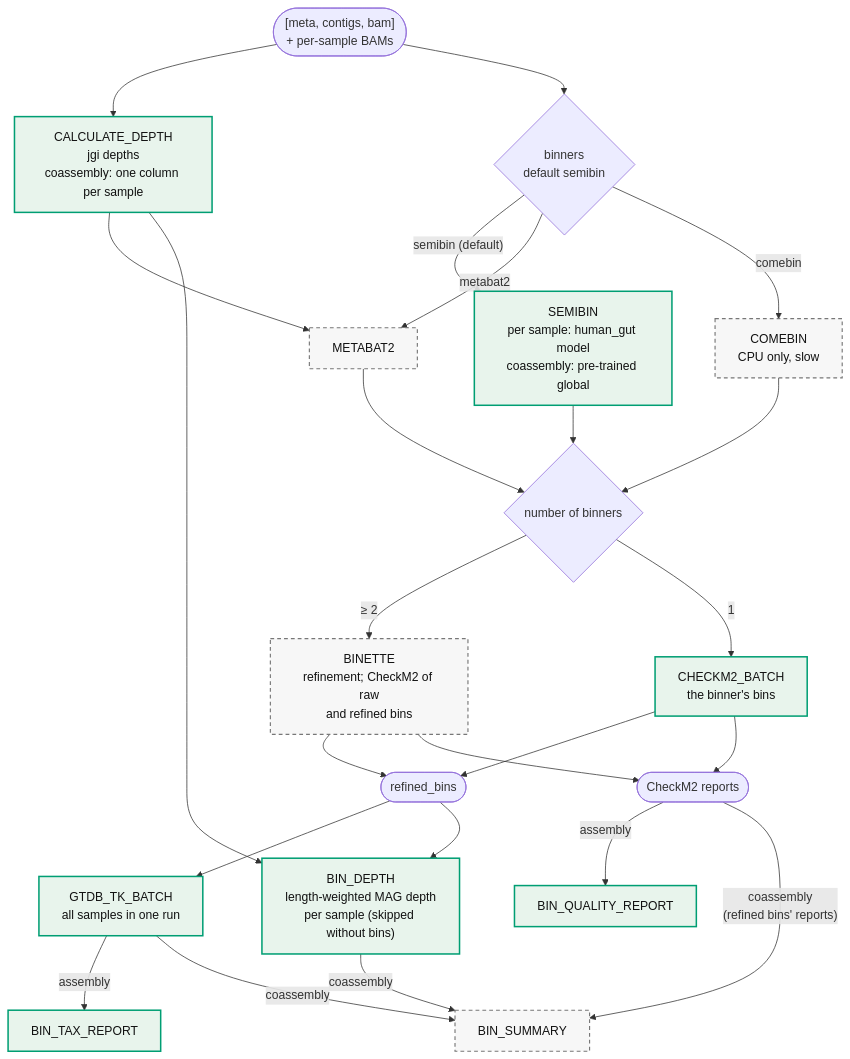
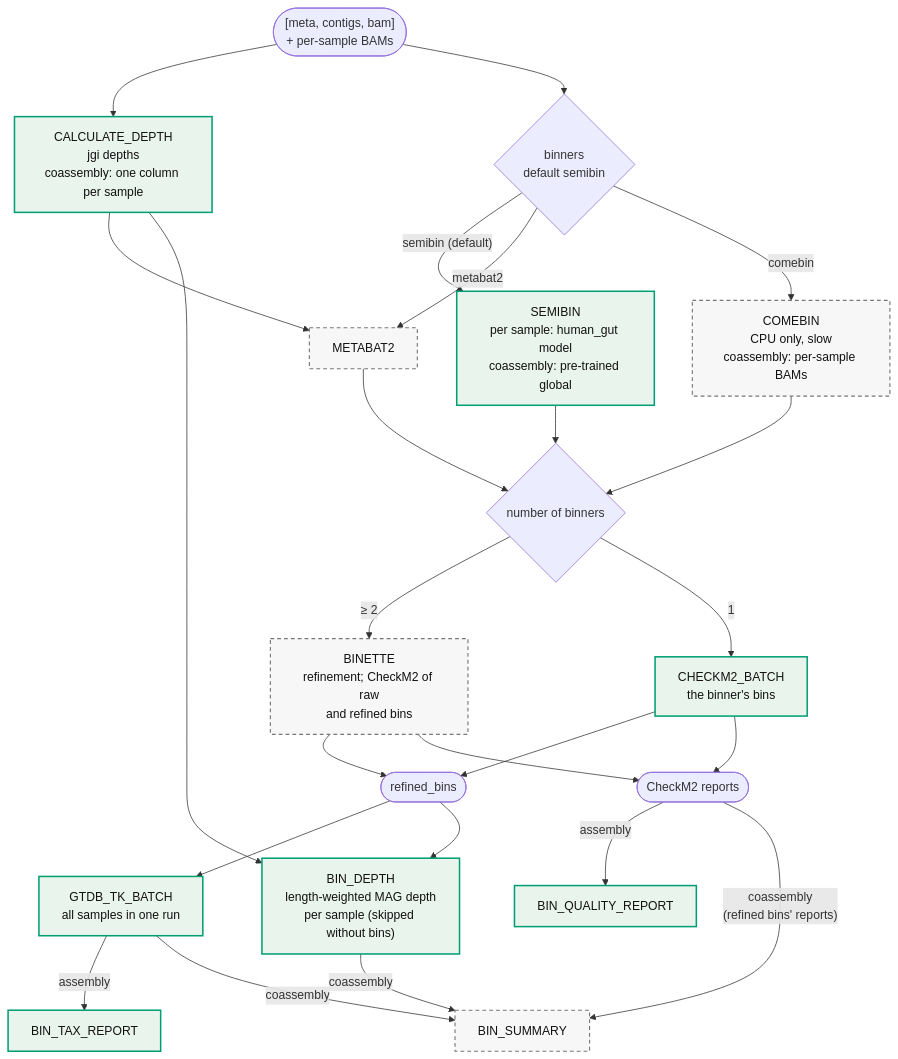
One commit to gene2dis/BugBuster changed the eighth of 13 diagrams in docs/WORKFLOW_DIAGRAM.md. Above: the diagram before and after it, drawn with Mermaid. The commit also changed other lines of this file and 6 other files, not shown here.

First line of the commit message:
feat(binning): COMEBin reads the per-sample BAMs under co-assembly

````diff
--- a/docs/WORKFLOW_DIAGRAM.md
+++ b/docs/WORKFLOW_DIAGRAM.md
@@ -297,30 +297,30 @@
 ```mermaid
 flowchart TD
     In(["[meta, contigs, bam]<br/>+ per-sample BAMs"]) --> CALCULATE_DEPTH["CALCULATE_DEPTH<br/>jgi depths<br/>coassembly: one column per sample"]
     In --> Sel{binners<br/>default semibin}
     Sel -->|"semibin (default)"| SEMIBIN["SEMIBIN<br/>per sample: human_gut model<br/>coassembly: pre-trained global"]
     Sel -->|metabat2| METABAT2
     CALCULATE_DEPTH --> METABAT2
-    Sel -->|comebin| COMEBIN["COMEBIN<br/>CPU only, slow"]
+    Sel -->|comebin| COMEBIN["COMEBIN<br/>CPU only, slow<br/>coassembly: per-sample BAMs"]
 
     SEMIBIN & METABAT2 & COMEBIN --> N{number of binners}
     N -->|"≥ 2"| BINETTE["BINETTE<br/>refinement; CheckM2 of raw<br/>and refined bins"]
     N -->|1| CHECKM2_BATCH["CHECKM2_BATCH<br/>the binner's bins"]
     BINETTE & CHECKM2_BATCH --> Bins(["refined_bins"])
     Bins --> GTDB_TK_BATCH["GTDB_TK_BATCH<br/>all samples in one run"]
 
     BINETTE & CHECKM2_BATCH --> Quality(["CheckM2 reports"])
 
     Quality -->|assembly| BIN_QUALITY_REPORT
     GTDB_TK_BATCH -->|assembly| BIN_TAX_REPORT
     Bins --> BIN_DEPTH["BIN_DEPTH<br/>length-weighted MAG depth<br/>per sample (skipped without bins)"]
     CALCULATE_DEPTH --> BIN_DEPTH
     BIN_DEPTH -->|coassembly| BIN_SUMMARY
     GTDB_TK_BATCH -->|coassembly| BIN_SUMMARY
     Quality -->|"coassembly<br/>(refined bins' reports)"| BIN_SUMMARY
 
     classDef on fill:#E8F4EC,stroke:#009E73,stroke-width:2px,color:#111
     classDef opt fill:#F7F7F7,stroke:#777,stroke-width:1.5px,stroke-dasharray:5 4,color:#111
     class SEMIBIN,CHECKM2_BATCH,GTDB_TK_BATCH,BIN_QUALITY_REPORT,BIN_TAX_REPORT,CALCULATE_DEPTH,BIN_DEPTH on
     class METABAT2,COMEBIN,BINETTE,BIN_SUMMARY opt
 ```
````
